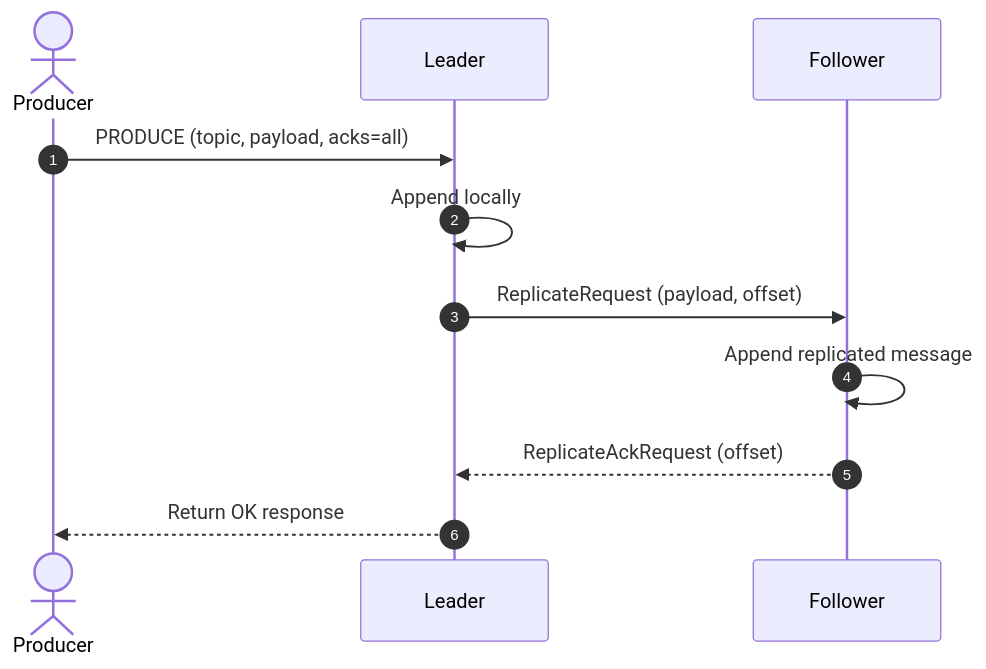
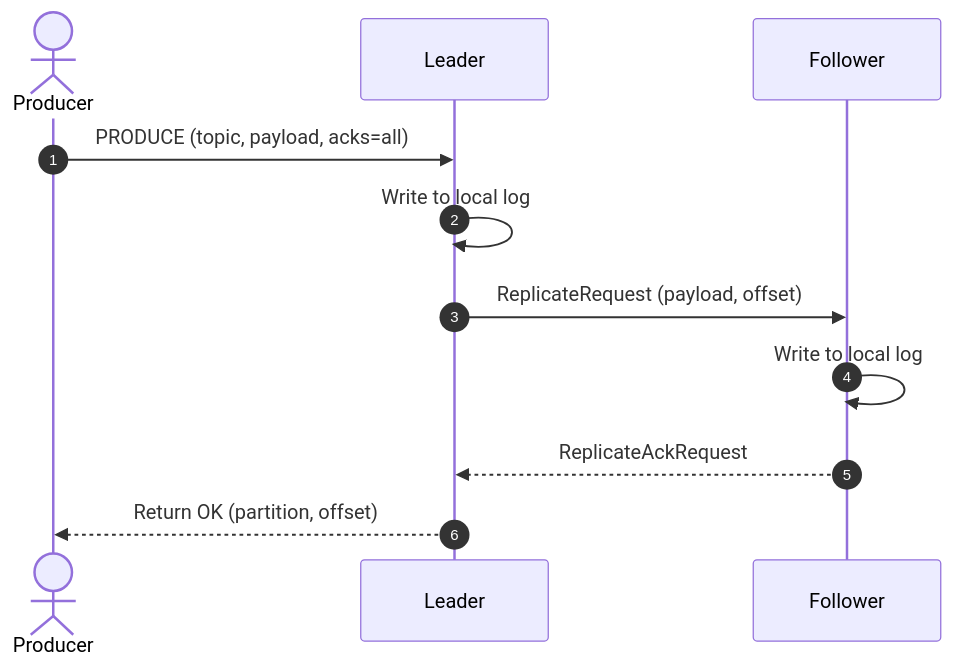
Before and after one commit to aryanp160/cowpybaraMQ: the fourth of 6 diagrams in README.md, drawn with Mermaid. The commit also changed other lines of this file and 3 other files, not shown here.

Commit message:
docs(readme): add architecture, benchmarks, sequence diagrams and comprehensive documentation

````diff
--- a/README.md
+++ b/README.md
@@ -150,14 +128,14 @@
 ```mermaid
 sequenceDiagram
     autonumber
     actor Producer
     participant Leader
     participant Follower
     
     Producer->>Leader: PRODUCE (topic, payload, acks=all)
-    Leader->>Leader: Append locally
+    Leader->>Leader: Write to local log
     Leader->>Follower: ReplicateRequest (payload, offset)
-    Follower->>Follower: Append replicated message
-    Follower-->>Leader: ReplicateAckRequest (offset)
-    Leader-->>Producer: Return OK response
+    Follower->>Follower: Write to local log
+    Follower-->>Leader: ReplicateAckRequest
+    Leader-->>Producer: Return OK (partition, offset)
 ```
````
